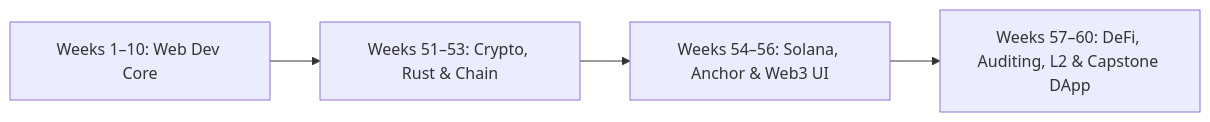
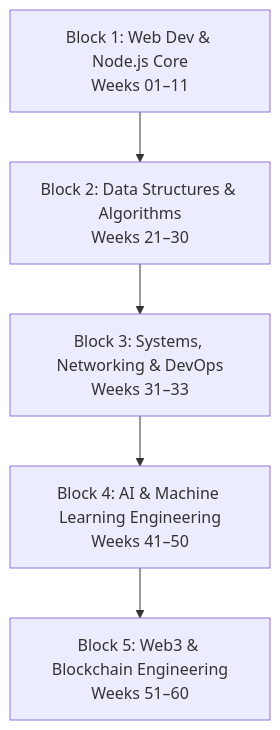
Before and after one commit to SahidGit/Complete-CS-Roadmap: the diagram in ROADMAP.md, drawn with Mermaid. The commit also changed other lines of this file and 8 other files, not shown here.

````diff
--- a/ROADMAP.md
+++ b/ROADMAP.md
@@ -5,6 +5,7 @@
 ```mermaid
-flowchart LR
-  A[Weeks 1–10: Web Dev Core] --> B[Weeks 51–53: Crypto, Rust & Chain]
-  B --> C[Weeks 54–56: Solana, Anchor & Web3 UI]
-  C --> D[Weeks 57–60: DeFi, Auditing, L2 & Capstone DApp]
+flowchart TD
+  Block1[Block 1: Web Dev & Node.js Core<br/>Weeks 01–11] --> Block2[Block 2: Data Structures & Algorithms<br/>Weeks 21–30]
+  Block2 --> Block3[Block 3: Systems, Networking & DevOps<br/>Weeks 31–33]
+  Block3 --> Block4[Block 4: AI & Machine Learning Engineering<br/>Weeks 41–50]
+  Block4 --> Block5[Block 5: Web3 & Blockchain Engineering<br/>Weeks 51–60]
 ```
````
